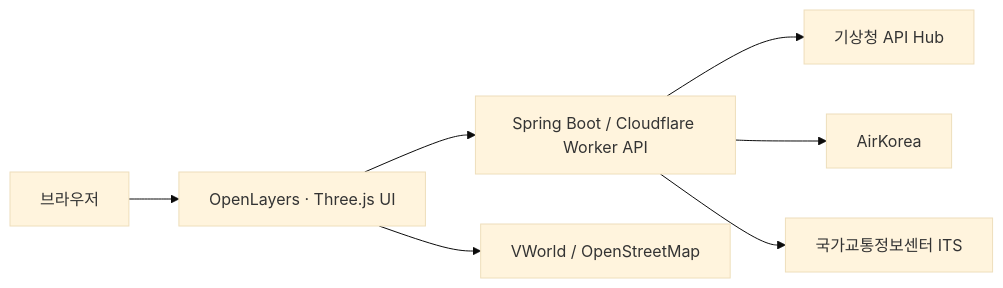
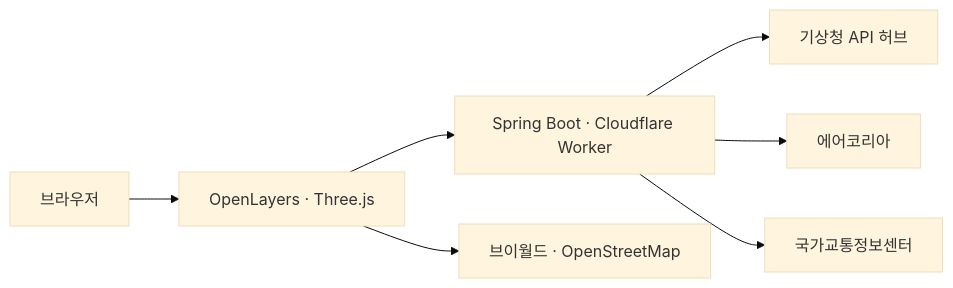
Before and after one commit to easygap/korea-weather-grid: the diagram in README.md, drawn with Mermaid (base theme). The commit also changed other lines of this file and 41 other files, not shown here.

````diff
--- a/README.md
+++ b/README.md
@@ -114,9 +220,9 @@
 ```mermaid
 flowchart LR
-    User["브라우저"] --> UI["OpenLayers · Three.js UI"]
-    UI --> API["Spring Boot / Cloudflare Worker API"]
-    API --> KMA["기상청 API Hub"]
-    API --> Air["AirKorea"]
-    API --> ITS["국가교통정보센터 ITS"]
-    UI --> Map["VWorld / OpenStreetMap"]
+    B["브라우저"] --> UI["OpenLayers · Three.js"]
+    UI --> API["Spring Boot · Cloudflare Worker"]
+    API --> KMA["기상청 API 허브"]
+    API --> AIR["에어코리아"]
+    API --> ITS["국가교통정보센터"]
+    UI --> MAP["브이월드 · OpenStreetMap"]
 ```
````
